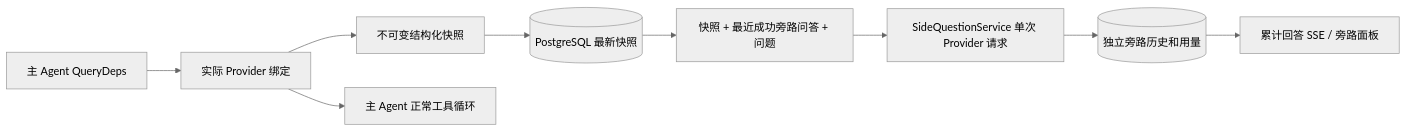
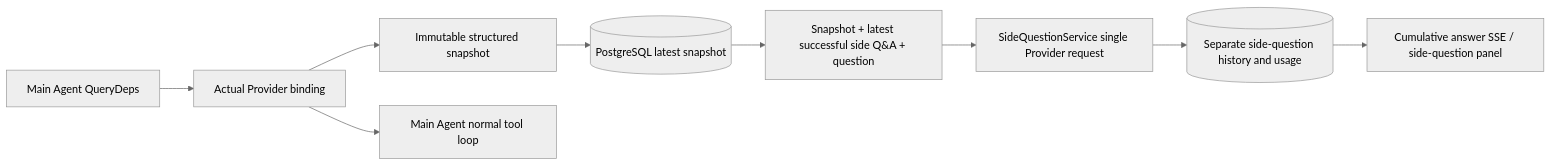
Before and after one commit to nokiddig/SYARTEX: the diagram in sidequestion/README.md, drawn with Mermaid (neutral theme). The commit also changed other lines of this file and 87 other files, not shown here.

````diff
--- a/sidequestion/README.md
+++ b/sidequestion/README.md
@@ -11,11 +11,11 @@
 ```mermaid
 flowchart LR
-    A[主 Agent QueryDeps] --> B[实际 Provider 绑定]
-    B --> C[不可变结构化快照]
-    B --> D[主 Agent 正常工具循环]
-    C --> E[(PostgreSQL 最新快照)]
-    E --> F[快照 + 最近成功旁路问答 + 问题]
-    F --> G[SideQuestionService 单次 Provider 请求]
-    G --> H[(独立旁路历史和用量)]
-    H --> I[累计回答 SSE / 旁路面板]
+    A[Main Agent QueryDeps] --> B[Actual Provider binding]
+    B --> C[Immutable structured snapshot]
+    B --> D[Main Agent normal tool loop]
+    C --> E[(PostgreSQL latest snapshot)]
+    E --> F[Snapshot + latest successful side Q&A + question]
+    F --> G[SideQuestionService single Provider request]
+    G --> H[(Separate side-question history and usage)]
+    H --> I[Cumulative answer SSE / side-question panel]
 ```
````
